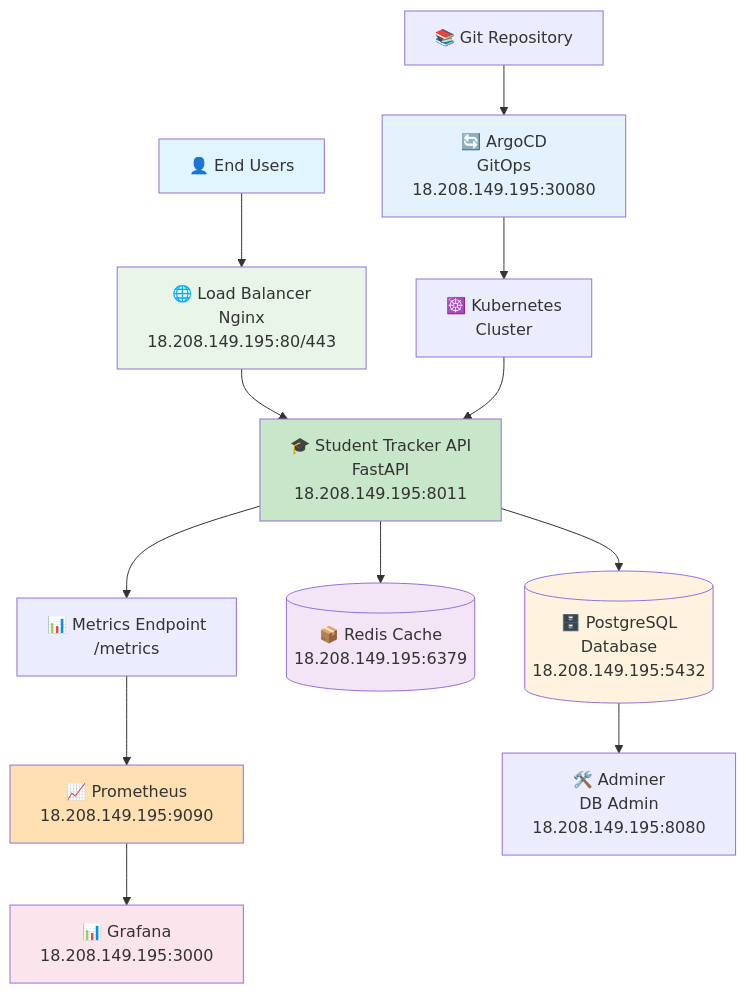
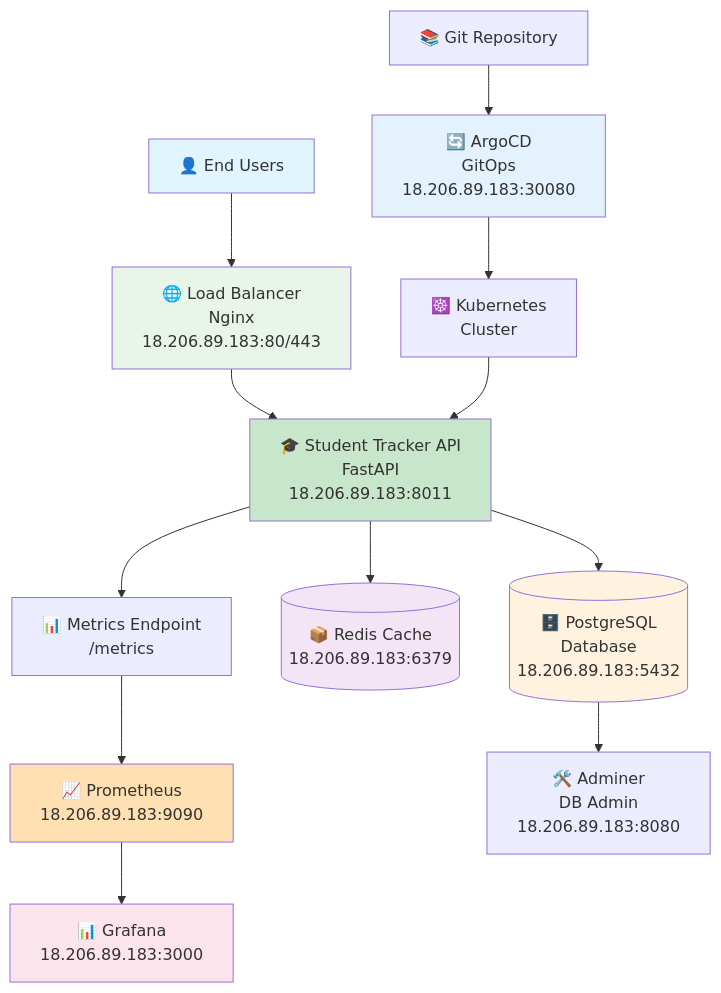
The first of 3 diagrams in README.md (bonaventuresimeon/NativeSeries), drawn with Mermaid before and after one commit. The commit also changed other lines of this file and 36 other files, not shown here.

````diff
--- a/README.md
+++ b/README.md
@@ -35,28 +35,28 @@
 ```mermaid
 graph TB
-    User[👤 End Users] --> LB[🌐 Load Balancer<br/>Nginx<br/>18.208.149.195:80/443]
+    User[👤 End Users] --> LB[🌐 Load Balancer<br/>Nginx<br/>18.206.89.183:80/443]
     
-    LB --> App[🎓 Student Tracker API<br/>FastAPI<br/>18.208.149.195:8011]
+    LB --> App[🎓 Student Tracker API<br/>FastAPI<br/>18.206.89.183:8011]
     
-    App --> DB[(🗄️ PostgreSQL<br/>Database<br/>18.208.149.195:5432)]
-    App --> Cache[(📦 Redis Cache<br/>18.208.149.195:6379)]
+    App --> DB[(🗄️ PostgreSQL<br/>Database<br/>18.206.89.183:5432)]
+    App --> Cache[(📦 Redis Cache<br/>18.206.89.183:6379)]
     
     App --> Metrics[📊 Metrics Endpoint<br/>/metrics]
-    Metrics --> Prom[📈 Prometheus<br/>18.208.149.195:9090]
-    Prom --> Graf[📊 Grafana<br/>18.208.149.195:3000]
+    Metrics --> Prom[📈 Prometheus<br/>18.206.89.183:9090]
+    Prom --> Graf[📊 Grafana<br/>18.206.89.183:3000]
     
-    DB --> Admin[🛠️ Adminer<br/>DB Admin<br/>18.208.149.195:8080]
+    DB --> Admin[🛠️ Adminer<br/>DB Admin<br/>18.206.89.183:8080]
     
-    Git[📚 Git Repository] --> Argo[🔄 ArgoCD<br/>GitOps<br/>18.208.149.195:30080]
+    Git[📚 Git Repository] --> Argo[🔄 ArgoCD<br/>GitOps<br/>18.206.89.183:30080]
     Argo --> K8s[☸️ Kubernetes<br/>Cluster]
     K8s --> App
     
     style User fill:#e1f5fe
     style App fill:#c8e6c9
     style DB fill:#fff3e0
     style Cache fill:#f3e5f5
     style LB fill:#e8f5e8
     style Prom fill:#ffe0b2
     style Graf fill:#fce4ec
     style Argo fill:#e3f2fd
 ```
````
